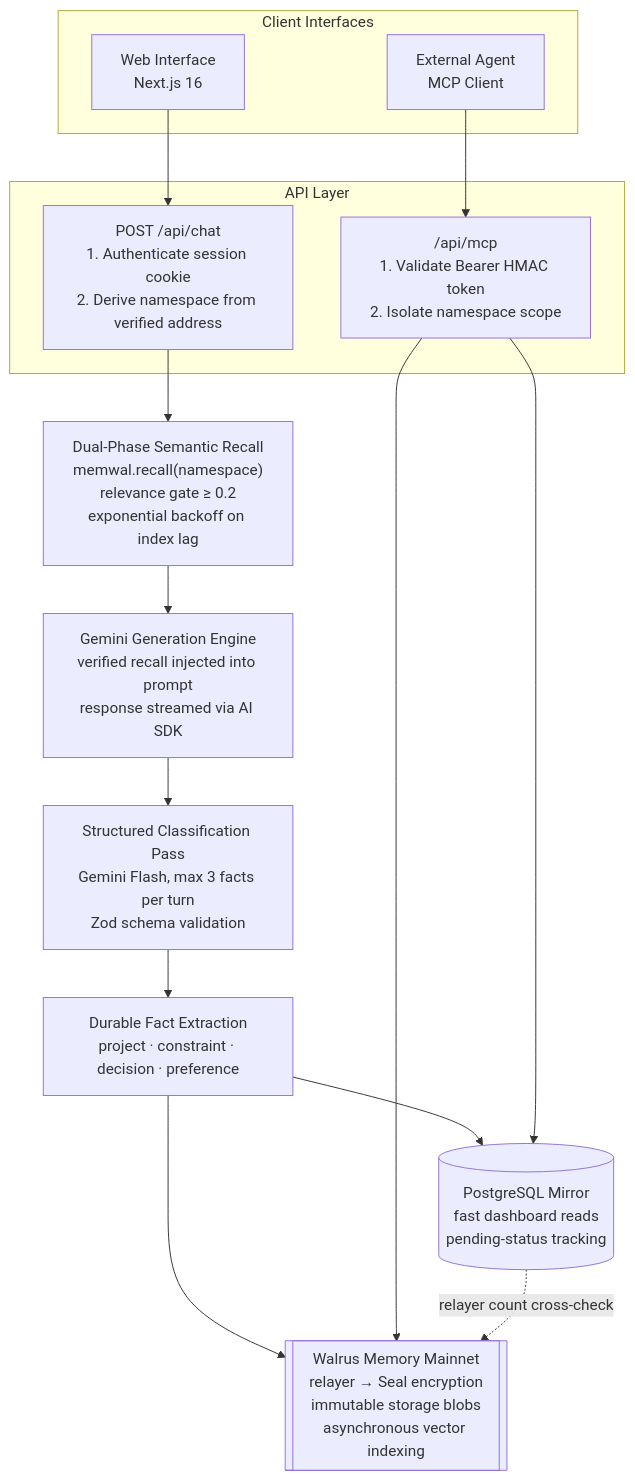
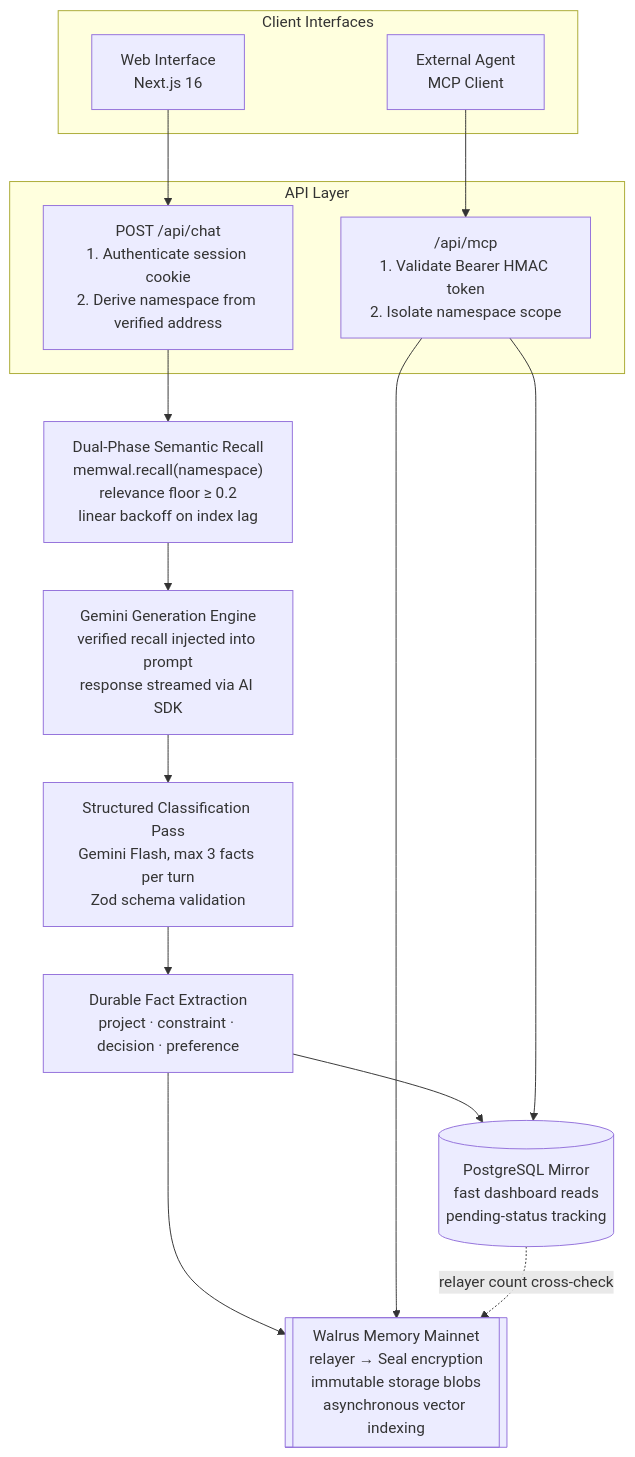
The first of 4 diagrams in README.md (mianohh/mnemo), drawn with Mermaid before and after one commit. The commit also changed other lines of this file and 2 other files, not shown here.

````diff
--- a/README.md
+++ b/README.md
@@ -29,27 +29,27 @@
 ```mermaid
 flowchart TB
     subgraph clients["Client Interfaces"]
         web["Web Interface<br/>Next.js 16"]
         agent["External Agent<br/>MCP Client"]
     end
 
     subgraph api["API Layer"]
         chat["POST /api/chat<br/>1. Authenticate session cookie<br/>2. Derive namespace from verified address"]
         mcp["/api/mcp<br/>1. Validate Bearer HMAC token<br/>2. Isolate namespace scope"]
     end
 
     web --> chat
     agent --> mcp
 
-    chat --> recall["Dual-Phase Semantic Recall<br/>memwal.recall(namespace)<br/>relevance gate ≥ 0.2<br/>exponential backoff on index lag"]
+    chat --> recall["Dual-Phase Semantic Recall<br/>memwal.recall(namespace)<br/>relevance floor ≥ 0.2<br/>linear backoff on index lag"]
     recall --> gemini["Gemini Generation Engine<br/>verified recall injected into prompt<br/>response streamed via AI SDK"]
     gemini --> classify["Structured Classification Pass<br/>Gemini Flash, max 3 facts per turn<br/>Zod schema validation"]
     classify --> extract["Durable Fact Extraction<br/>project · constraint · decision · preference"]
 
     extract --> walrus[["Walrus Memory Mainnet<br/>relayer → Seal encryption<br/>immutable storage blobs<br/>asynchronous vector indexing"]]
     extract --> mirror[("PostgreSQL Mirror<br/>fast dashboard reads<br/>pending-status tracking")]
 
     mcp --> walrus
     mcp --> mirror
     mirror -.->|"relayer count cross-check"| walrus
 ```
````
